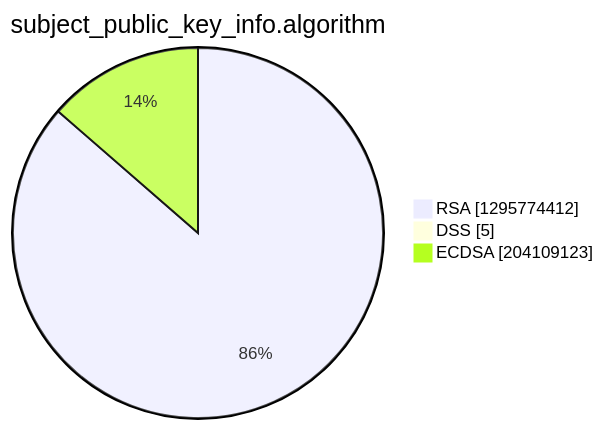
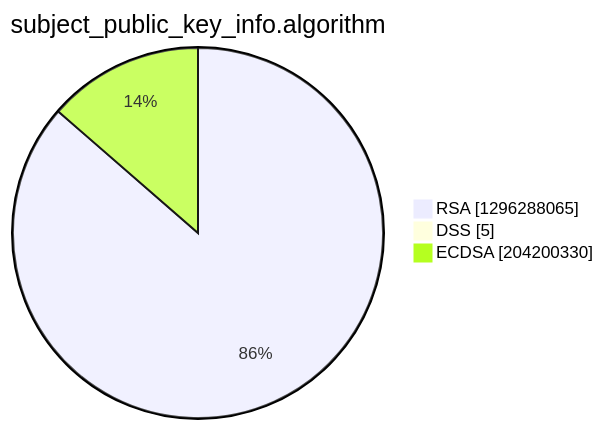
The third of 15 diagrams in argon2022/README.md (christiankrug/ctmonitor_visualization), drawn with Mermaid before and after one commit. The commit also changed other lines of this file, not shown here.

````diff
--- a/argon2022/README.md
+++ b/argon2022/README.md
@@ -14,7 +14,7 @@
 ```mermaid
 pie showData
 title subject_public_key_info.algorithm
-"RSA" :1295774412
+"RSA" :1296288065
 "DSS" :5
-"ECDSA" :204109123
+"ECDSA" :204200330
 ```
````
